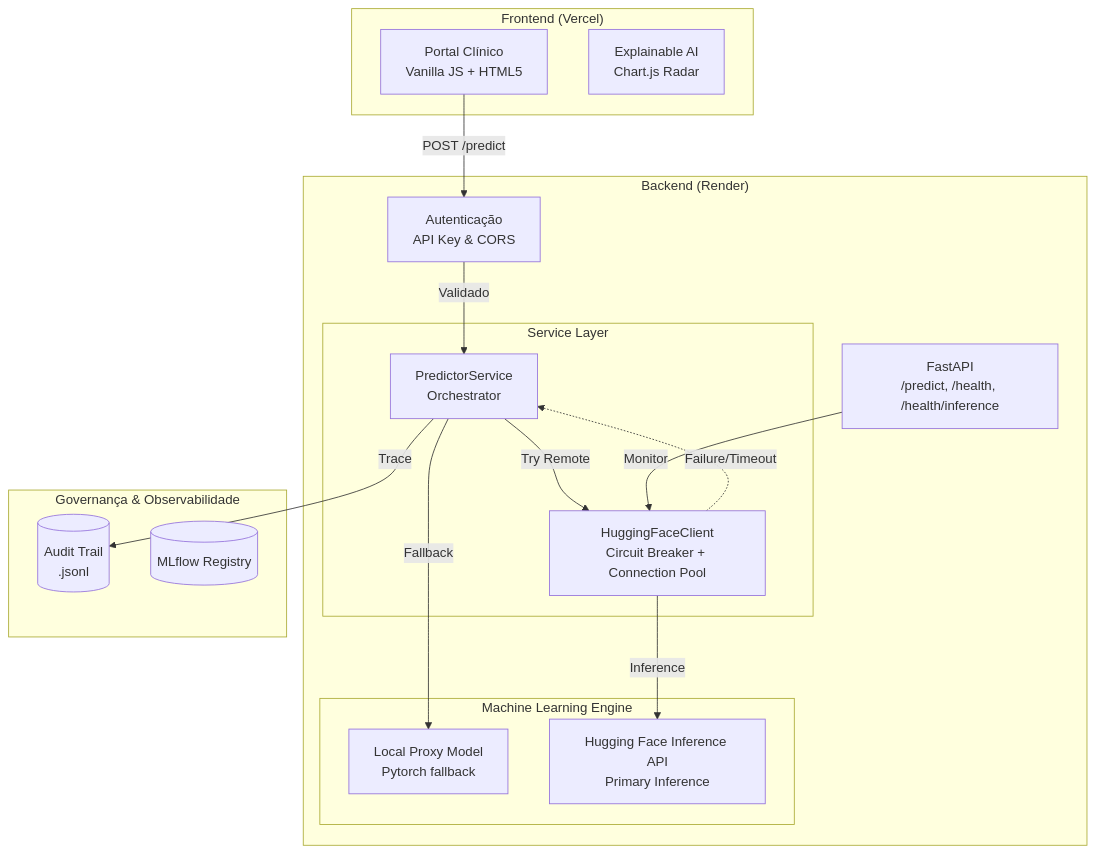
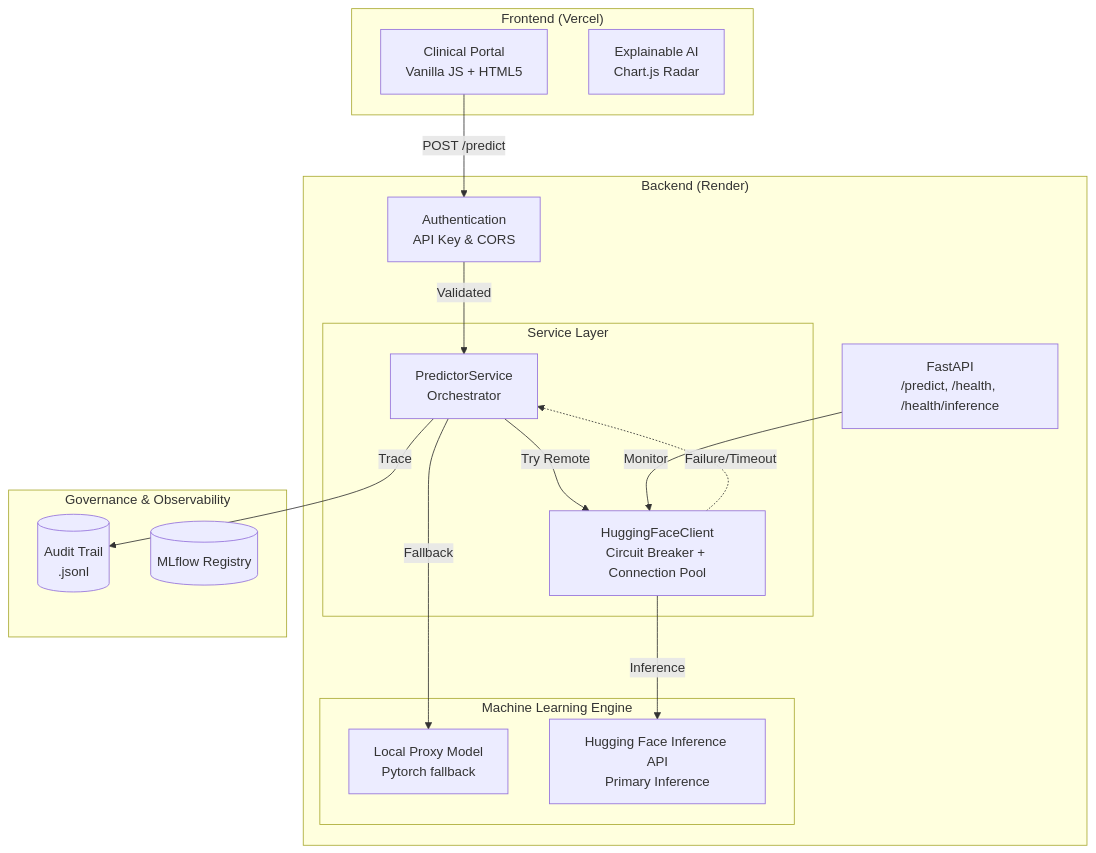
The diagram in README.md (vdfs89/Aether_Oncology), drawn with Mermaid before and after one commit. The commit also changed other lines of this file and 1 other file, not shown here.

Commit message:
docs: implement bilingual README architecture (English/Portuguese) with language switcher

````diff
--- a/README.md
+++ b/README.md
@@ -142,36 +146,36 @@
 ```mermaid
 graph TD
     subgraph "Frontend (Vercel)"
-        UI[Portal Clínico\nVanilla JS + HTML5]
+        UI[Clinical Portal\nVanilla JS + HTML5]
         XAI[Explainable AI\nChart.js Radar]
     end
 
     subgraph "Backend (Render)"
-        Auth[Autenticação\nAPI Key & CORS]
+        Auth[Authentication\nAPI Key & CORS]
         API[FastAPI\n/predict, /health, /health/inference]
         
         subgraph "Service Layer"
             Service[PredictorService\nOrchestrator]
             Client[HuggingFaceClient\nCircuit Breaker + Connection Pool]
         end
         
         subgraph "Machine Learning Engine"
             LocalProxy[Local Proxy Model\nPytorch fallback]
             HF_API[Hugging Face Inference API\nPrimary Inference]
         end
     end
 
-    subgraph "Governança & Observabilidade"
+    subgraph "Governance & Observability"
         AuditLog[(Audit Trail\n.jsonl)]
         MLflow[(MLflow Registry)]
     end
 
     UI -->|POST /predict| Auth
-    Auth -->|Validado| Service
+    Auth -->|Validated| Service
     Service -->|Try Remote| Client
     Client -->|Inference| HF_API
     Client -.->|Failure/Timeout| Service
     Service -->|Fallback| LocalProxy
     Service -->|Trace| AuditLog
     API -->|Monitor| Client
 ```
````
